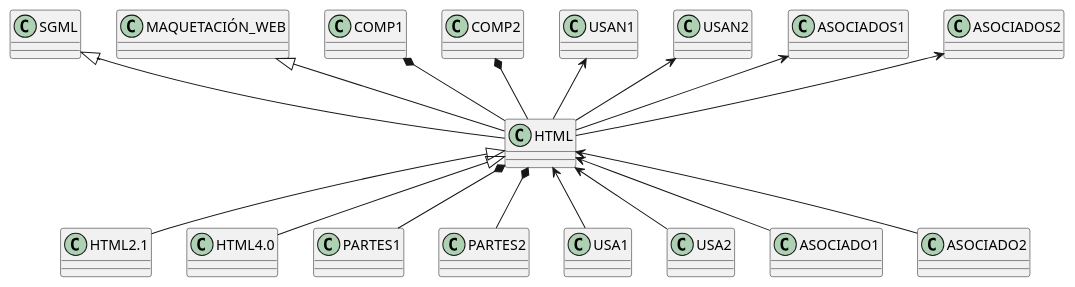
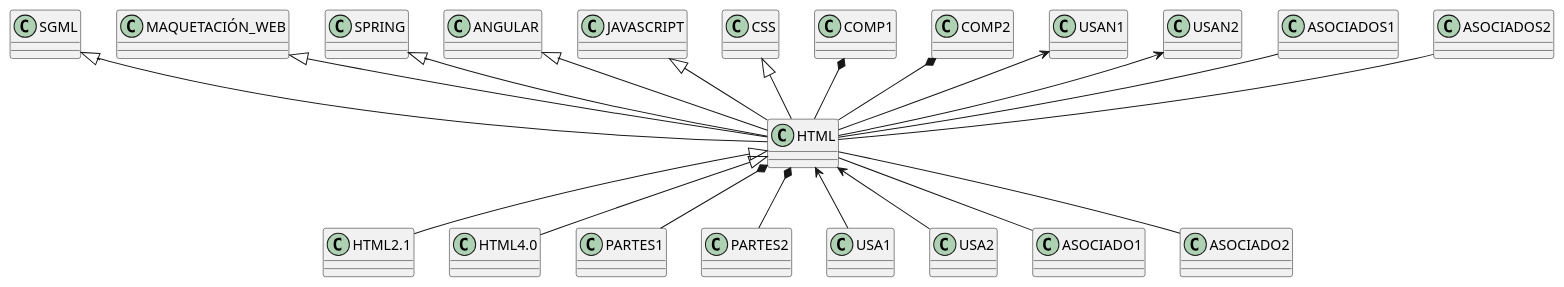
Before and after one commit to CodeURJC-DAW-2018-19/santatecla-relaciones-2: the diagram in relman/images/contextHTML.plantuml, drawn with PlantUML. The commit also changed 31 other files, not shown here.

```diff
--- a/relman/images/contextHTML.plantuml
+++ b/relman/images/contextHTML.plantuml
@@ -1,19 +1,23 @@
 @startuml 
  set namespaceSeparator none
 SGML <|-- HTML
 MAQUETACIÓN_WEB <|-- HTML
+SPRING <|-- HTML
+ANGULAR <|-- HTML
+JAVASCRIPT <|-- HTML
+CSS <|-- HTML
 COMP1 *-- HTML
 COMP2 *-- HTML
 USAN1 <-- HTML
 USAN2 <-- HTML
-ASOCIADOS1 <-- HTML
-ASOCIADOS2 <-- HTML
+ASOCIADOS1 -- HTML
+ASOCIADOS2 -- HTML
 HTML <|-- HTML2.1
 HTML <|-- HTML4.0
 HTML *-- PARTES1
 HTML *-- PARTES2
 HTML <-- USA1
 HTML <-- USA2
-HTML <-- ASOCIADO1
-HTML <-- ASOCIADO2
+HTML -- ASOCIADO1
+HTML -- ASOCIADO2
 @enduml
```
